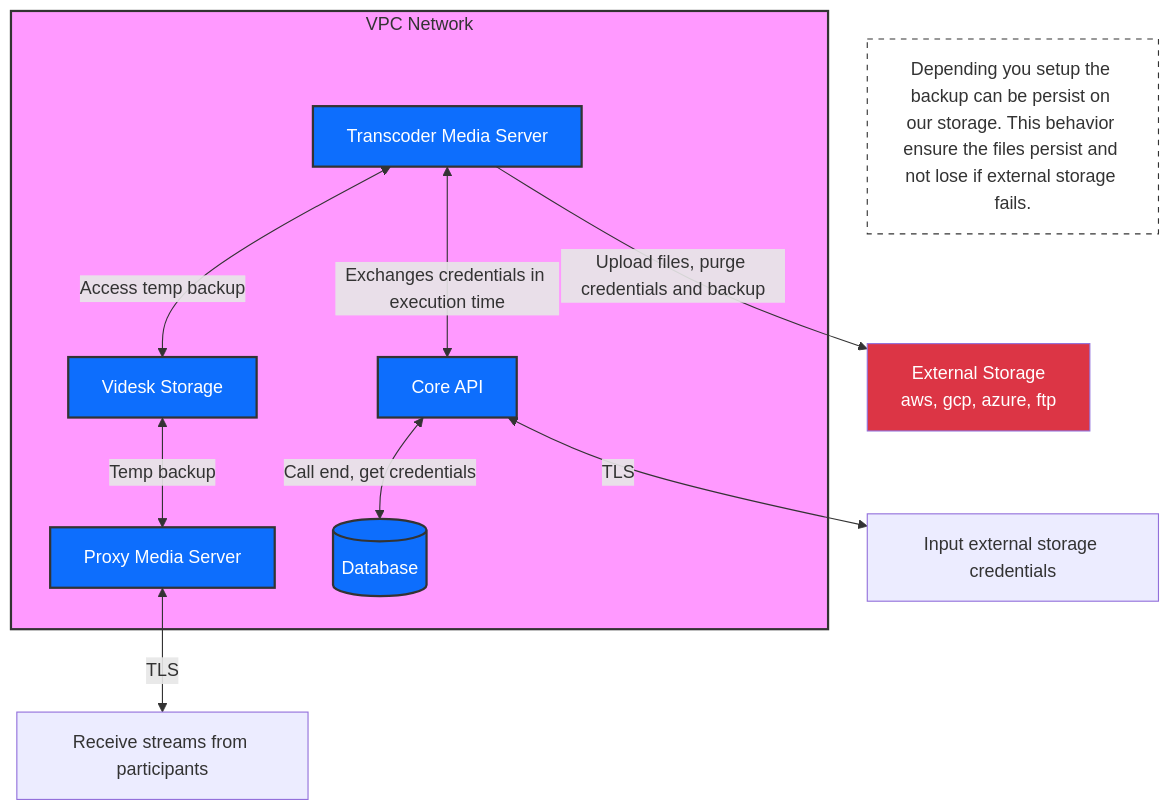
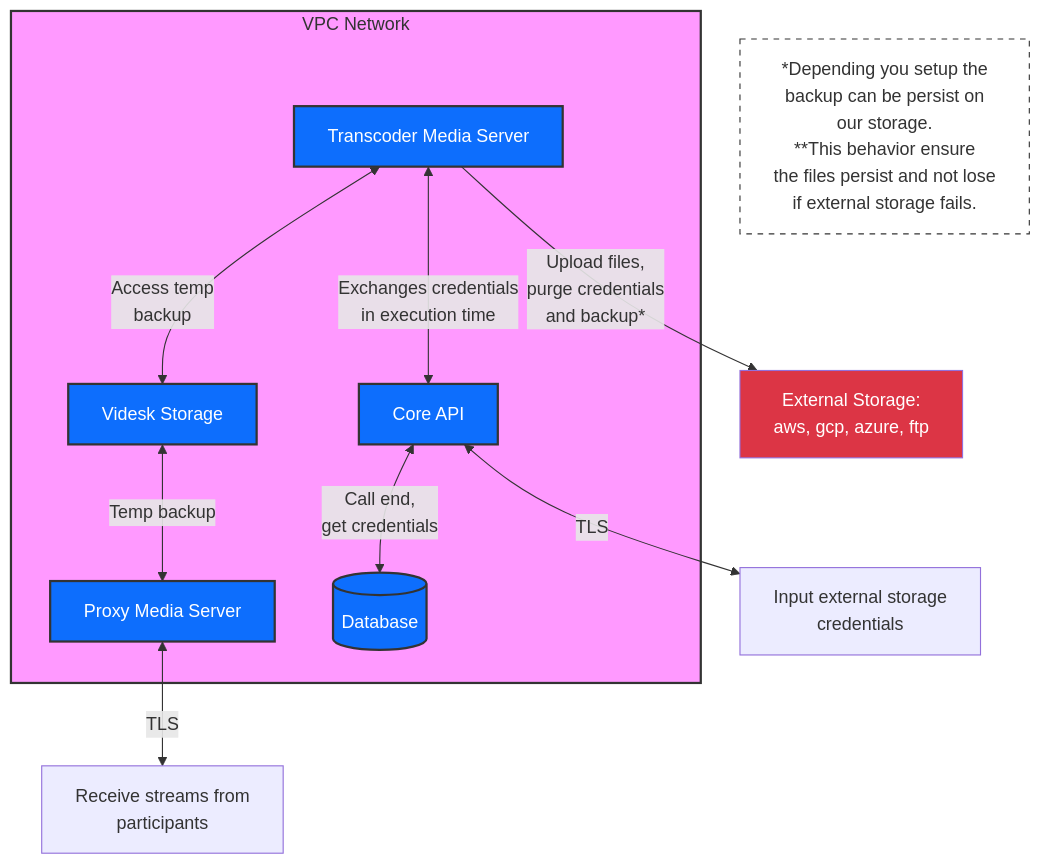
One commit to videsk/developers-docs-es changed the diagram in grabaciones/cloud/seguridad.md. Above: the diagram before and after it, drawn with Mermaid.

Commit message:
GITBOOK-296: change request with no subject merged in GitBook

````diff
--- a/grabaciones/cloud/seguridad.md
+++ b/grabaciones/cloud/seguridad.md
@@ -27,39 +27,39 @@
 ```mermaid
 flowchart TB
-    ES[External Storage\naws, gcp, azure, ftp] 
+    ES[External Storage:<br>aws, gcp, azure, ftp] 
     
     subgraph VPC["VPC Network"]
         TMS[Transcoder Media Server]
         VS[Videsk Storage]
         PMS[Proxy Media Server]
         API[Core API]
         DB[(Database)]
         
         %% Conexiones dentro del VPC
-        TMS <--> |Access temp backup| VS
-        TMS <--> |Exchanges credentials in execution time| API
-        API <--> |Call end, get credentials| DB
+        TMS <--> |Access temp<br>backup| VS
+        TMS <--> |Exchanges credentials<br>in execution time| API
+        API <--> |Call end,<br>get credentials| DB
         VS <--> |Temp backup| PMS
     end
     
     %% Conexiones externas
-    TMS --> |Upload files, purge credentials and backup| ES
-    API <--> |TLS| External[Input external storage credentials]
-    PMS <--> |TLS| Participants[Receive streams from participants]
+    TMS --> |Upload files,<br>purge credentials<br>and backup*| ES
+    API <--> |TLS| External[Input external storage<br>credentials]
+    PMS <--> |TLS| Participants[Receive streams from<br>participants]
     
     %% Notas sobre cifrado y clusters
     classDef cluster fill:#f9f,stroke:#333,stroke-width:2px
     class TMS,VS,PMS,API,DB cluster
     
     %% Notas
-    note["Depending you setup the backup can be persist on our storage. This behavior ensure the files persist and not lose if external storage fails."]
+    note["*Depending you setup the<br>backup can be persist on<br> our storage.<br>**This behavior ensure<br>the files persist and not lose<br>if external storage fails."]
     
     %% Estilo
     classDef storage fill:#DC3545,color:white
     classDef component fill:#0D6EFD,color:white
     classDef note fill:#fff,stroke:#333,stroke-dasharray: 5 5
     
     class ES storage
     class TMS,VS,PMS,API,DB component
     class note note
 ```
````
